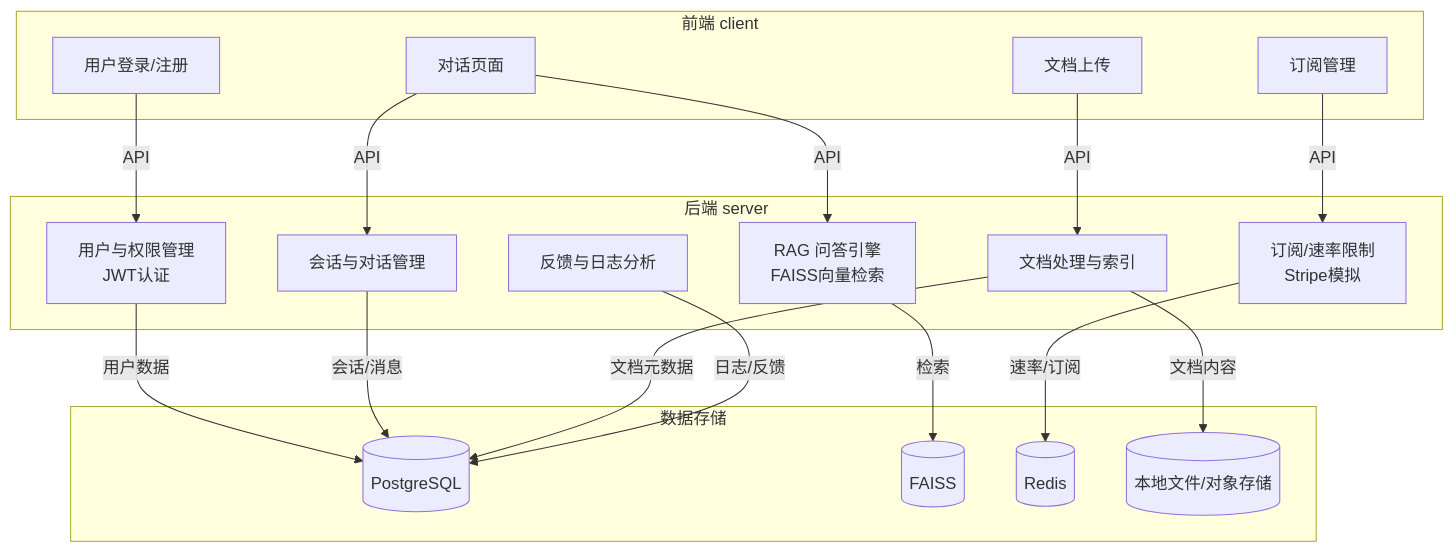
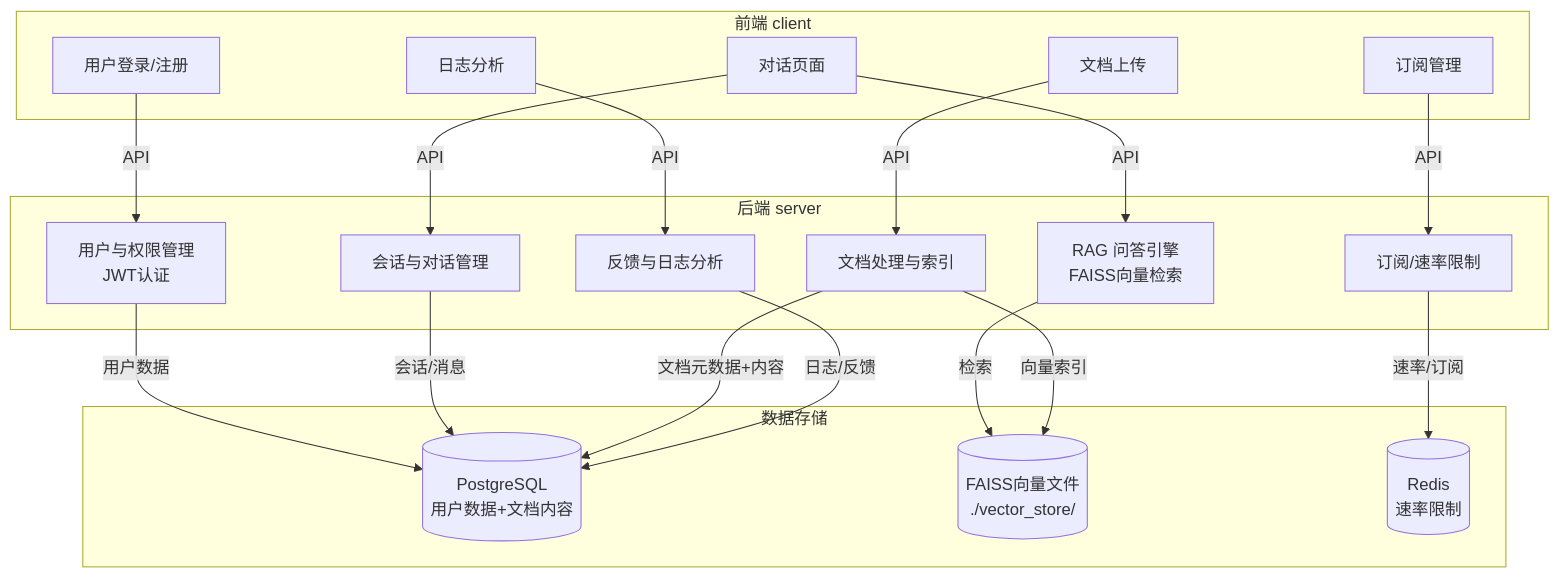
The diagram in README.md (YiHou98/SES.AI), drawn with Mermaid before and after one commit.

Commit message:
updated architecture graph

````diff
--- a/README.md
+++ b/README.md
@@ -9,36 +9,37 @@
 ```mermaid
 graph TD
   subgraph 前端 client
     A1[用户登录/注册]
     A2[对话页面]
     A3[文档上传]
     A4[订阅管理]
+    A5[日志分析]
   end
   subgraph 后端 server
     B1[用户与权限管理<br/>JWT认证]
     B2[会话与对话管理]
     B3[RAG 问答引擎<br/>FAISS向量检索]
     B4[文档处理与索引]
-    B5[订阅/速率限制<br/>Stripe模拟]
+    B5[订阅/速率限制]
     B6[反馈与日志分析]
   end
   subgraph 数据存储
-    C1[(PostgreSQL)]
-    C2[(FAISS)]
-    C3[(Redis)]
-    C4[(本地文件/对象存储)]
+    C1[(PostgreSQL<br/>用户数据+文档内容)]
+    C2[(FAISS向量文件<br/>./vector_store/)]
+    C3[(Redis<br/>速率限制)]
   end
 
   A1-->|API|B1
   A2-->|API|B2
   A2-->|API|B3
   A3-->|API|B4
   A4-->|API|B5
+  A5-->|API|B6
   B1-->|用户数据|C1
   B2-->|会话/消息|C1
   B3-->|检索|C2
-  B4-->|文档元数据|C1
-  B4-->|文档内容|C4
+  B4-->|文档元数据+内容|C1
+  B4-->|向量索引|C2
   B5-->|速率/订阅|C3
   B6-->|日志/反馈|C1
 ```
````
